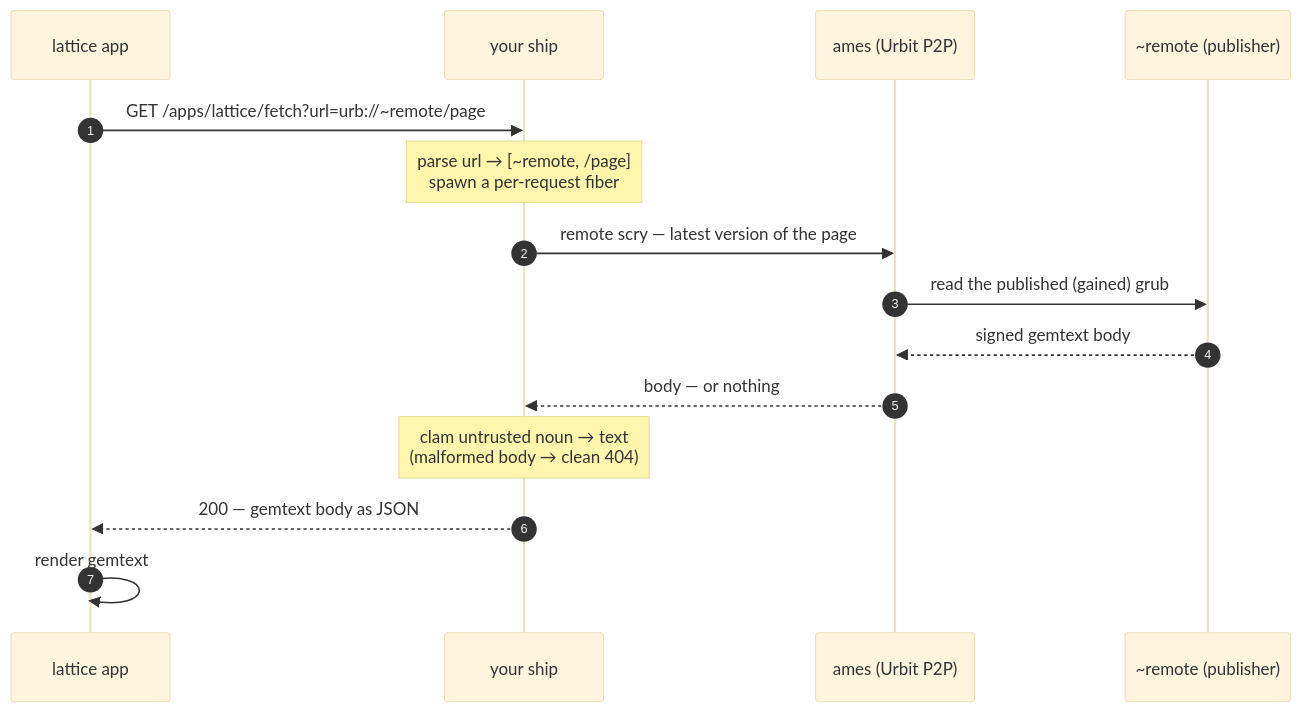
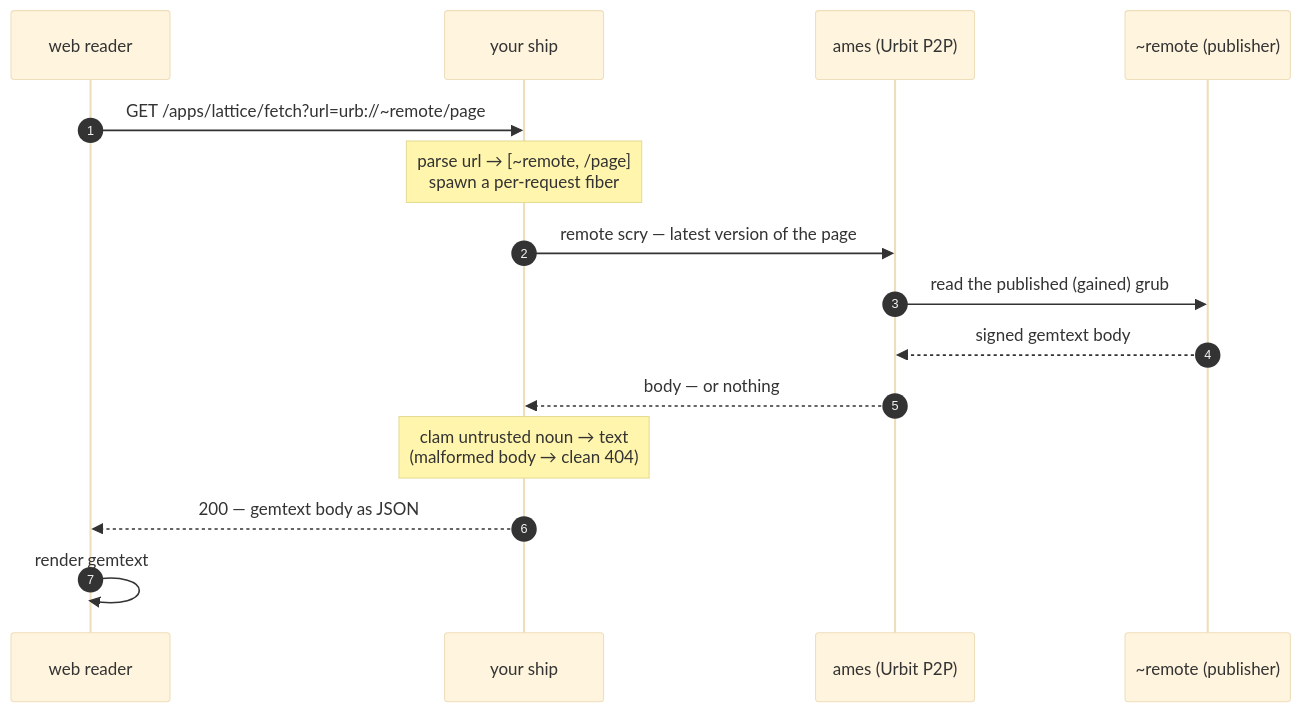
The diagram in README.md (nisfeb/lattice), drawn with Mermaid (base theme) before and after one commit. The commit also changed other lines of this file and 176 other files, not shown here.

First line of the commit message:
chore: deprecate the Kotlin app — lattice hosts its own client

````diff
--- a/README.md
+++ b/README.md
@@ -77,17 +77,17 @@
 ```mermaid
 sequenceDiagram
     autonumber
-    participant App as lattice app
+    participant App as web reader
     participant You as your ship
     participant Ames as ames (Urbit P2P)
     participant Peer as ~remote (publisher)
     App->>You: GET /apps/lattice/fetch?url=urb://~remote/page
     Note over You: parse url → [~remote, /page]<br/>spawn a per-request fiber
     You->>Ames: remote scry — latest version of the page
     Ames->>Peer: read the published (gained) grub
     Peer-->>Ames: signed gemtext body
     Ames-->>You: body — or nothing
     Note over You: clam untrusted noun → text<br/>(malformed body → clean 404)
     You-->>App: 200 — gemtext body as JSON
     App->>App: render gemtext
 ```
````
